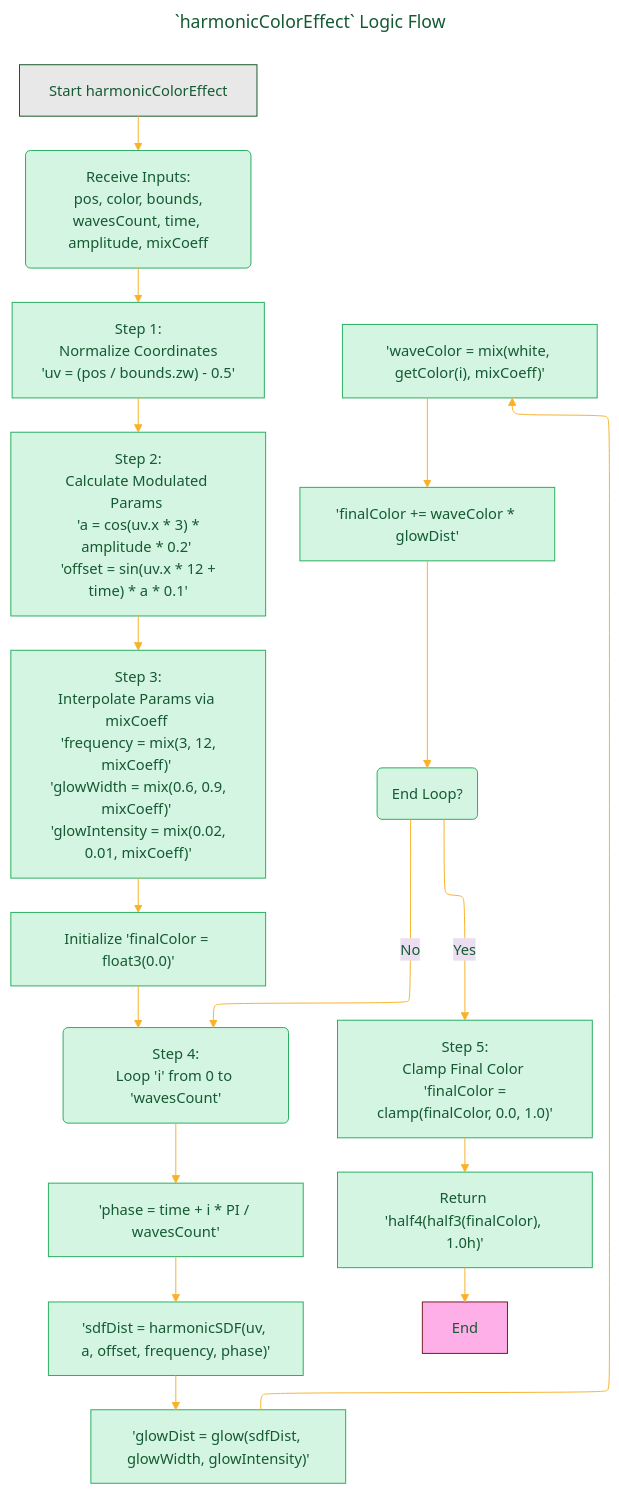
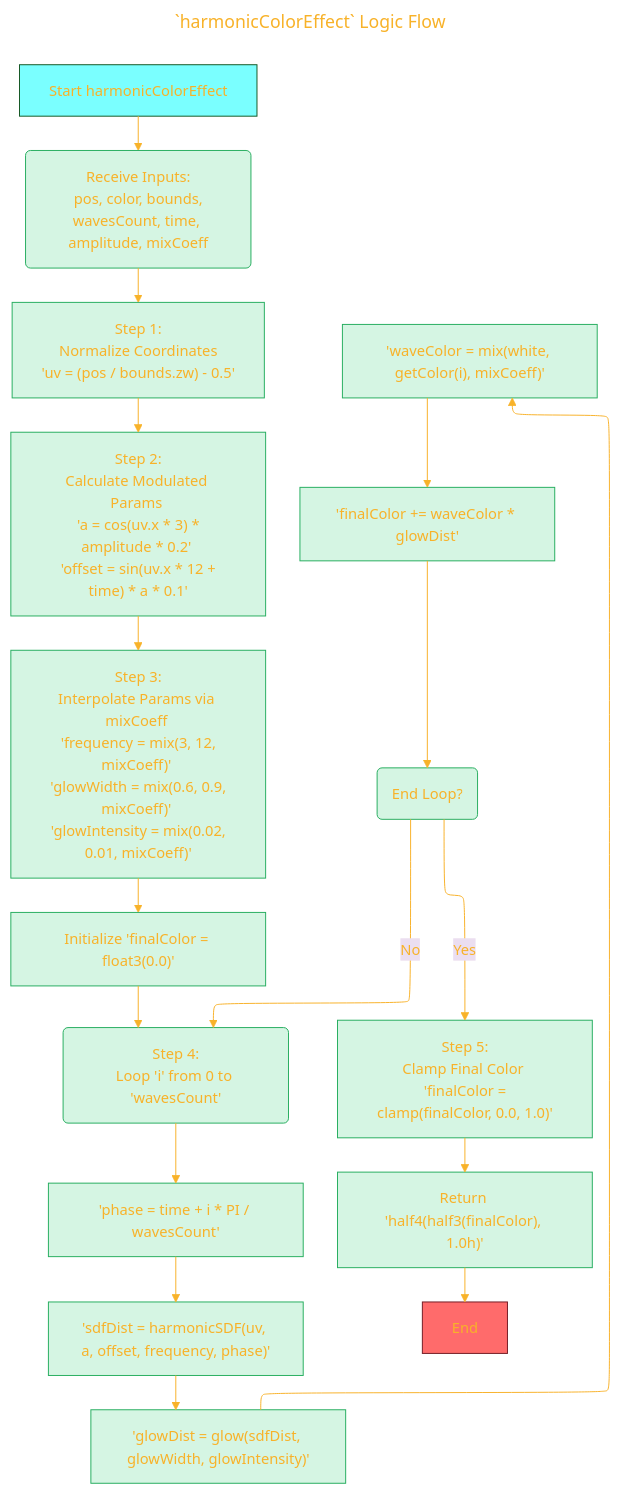
The third of 9 diagrams in DOCUMENTATION_Draft_1.md (CongLeSolutionX/Harmonic_Shaders), drawn with Mermaid before and after one commit. The commit also changed other lines of this file, not shown here.

````diff
--- a/DOCUMENTATION_Draft_1.md
+++ b/DOCUMENTATION_Draft_1.md
@@ -197,54 +197,54 @@
 ```mermaid
 ---
 title: "`harmonicColorEffect` Logic Flow"
 author: "Cong Le"
 version: "1.0"
 license(s): "MIT, CC BY 4.0"
 copyright: "Copyright (c) 2025 Cong Le. All Rights Reserved."
 config:
   layout: elk
   theme: base
 ---
 %%%%%%%% Mermaid version v11.4.1-b.14
 %%%%%%%% Available curve styles include the following keywords:
 %% basis, bumpX, bumpY, cardinal, catmullRom, linear, monotoneX, monotoneY, natural, step, stepAfter, stepBefore.
 %%{
   init: {
     'graph': { 'htmlLabels': true, 'curve': 'linear' },
     'fontFamily': 'Monaco',
     'themeVariables': {
       'primaryColor': '#D5F5E3',
-      'primaryTextColor': '#145A32',
+      'primaryTextColor': '#F8B229',
       'lineColor': '#F8B229',
       'primaryBorderColor': '#27AE60',
       'secondaryColor': '#EBDEF0',
       'secondaryTextColor': '#6C3483',
       'secondaryBorderColor': '#A569BD',
       'fontSize': '15px'
     }
   }
 }%%
 flowchart TD
     Start["Start harmonicColorEffect"] --> GetInputs("Receive Inputs:<br/> pos, color, bounds, wavesCount, time, amplitude, mixCoeff")
     GetInputs --> NormCoords["Step 1:<br/>Normalize Coordinates <br/> 'uv = (pos / bounds.zw) - 0.5'"]
     NormCoords --> ModParams["Step 2:<br/>Calculate Modulated Params <br/> 'a = cos(uv.x * 3) * amplitude * 0.2' <br/> 'offset = sin(uv.x * 12 + time) * a * 0.1'"]
     ModParams --> InterpParams["Step 3:<br/>Interpolate Params via mixCoeff <br/> 'frequency = mix(3, 12, mixCoeff)' <br/> 'glowWidth = mix(0.6, 0.9, mixCoeff)' <br/> 'glowIntensity = mix(0.02, 0.01, mixCoeff)'"]
     InterpParams --> InitColor["Initialize 'finalColor = float3(0.0)'"]
 
     InitColor --> LoopStart("Step 4:<br/>Loop 'i' from 0 to 'wavesCount'")
     LoopStart --> CalcPhase["'phase = time + i * PI / wavesCount'"]
     CalcPhase --> CalcSDF["'sdfDist = harmonicSDF(uv, a, offset, frequency, phase)'"]
     CalcSDF --> CalcGlow["'glowDist = glow(sdfDist, glowWidth, glowIntensity)'"]
     CalcGlow --> DetColor["'waveColor = mix(white, getColor(i), mixCoeff)'"]
     DetColor --> AccumColor["'finalColor += waveColor * glowDist'"]
     AccumColor --> LoopEnd("End Loop?")
 
     LoopEnd -- No --> LoopStart
     LoopEnd -- Yes --> ClampColor["Step 5:<br/>Clamp Final Color <br/> 'finalColor = clamp(finalColor, 0.0, 1.0)'"]
     ClampColor --> ReturnColor["Return 'half4(half3(finalColor), 1.0h)'"]
     ReturnColor --> End["End"]
 
-    style Start fill:#ddda,stroke:#155724
-    style End fill:#f8da,stroke:#721c24
+    style Start fill:#2FF9,stroke:#155724
+    style End fill:#f22a,stroke:#721c24
     
 ```
````
